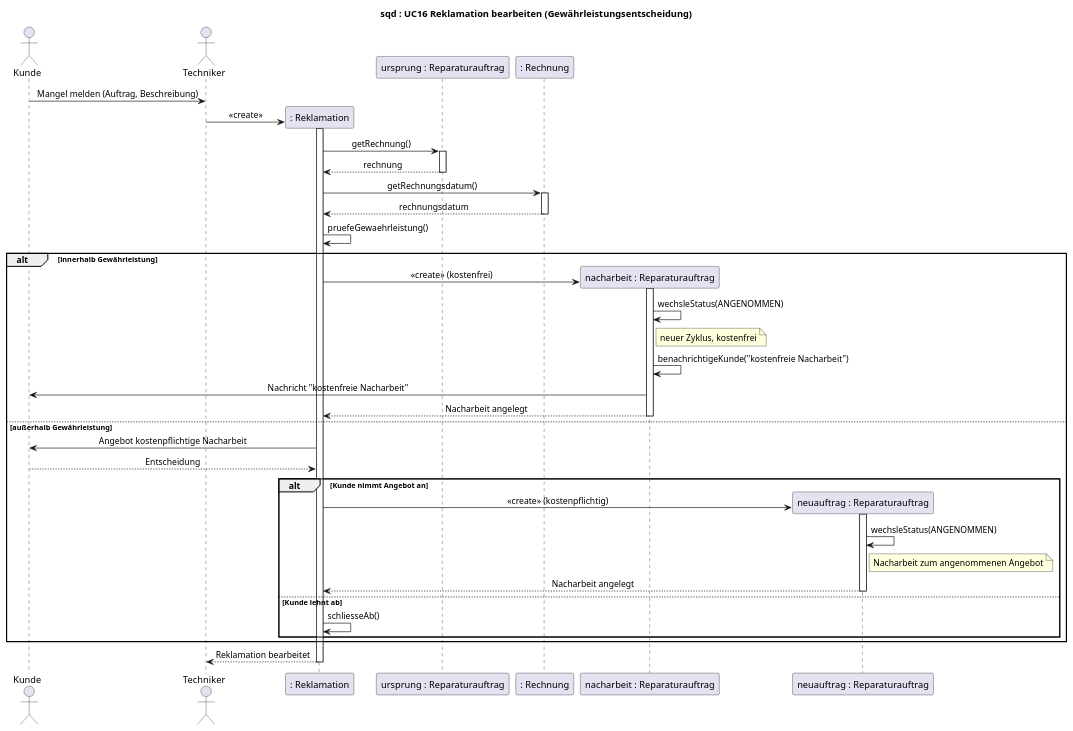
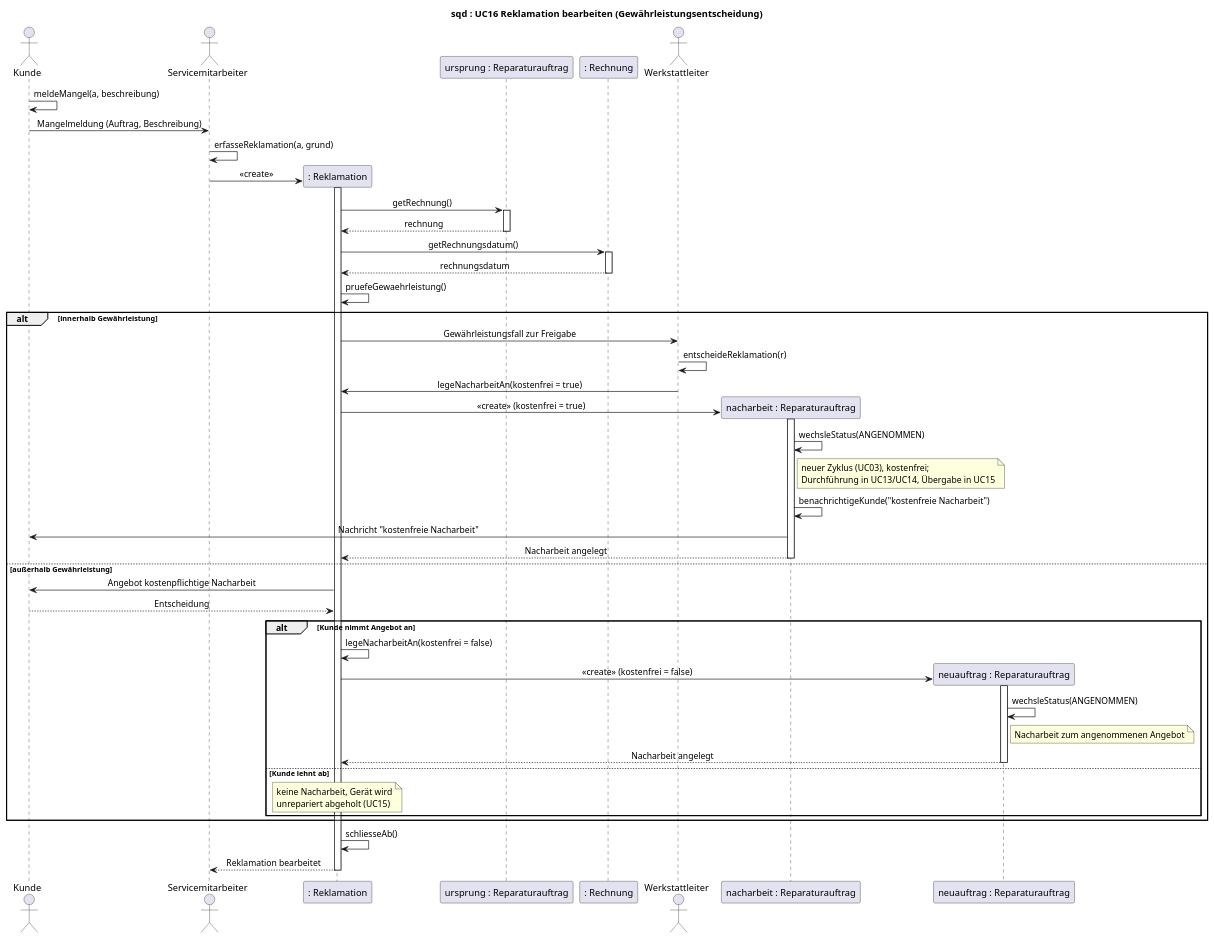
The diagram in uml/sequenz-05-reklamation.puml (jakobschwan123-cmd/casestudy-semester-3), drawn with PlantUML before and after one commit. The commit also changed 75 other files, not shown here.

```diff
--- a/uml/sequenz-05-reklamation.puml
+++ b/uml/sequenz-05-reklamation.puml
@@ -1,54 +1,62 @@
 @startuml
 title sqd : UC16 Reklamation bearbeiten (Gewährleistungsentscheidung)
 skinparam defaultFontName Arial
 skinparam sequenceMessageAlign center
 actor Kunde
-actor Techniker
+actor Servicemitarbeiter as SM
 participant ": Reklamation" as REK
 participant "ursprung : Reparaturauftrag" as RA
 participant ": Rechnung" as RE
+actor Werkstattleiter
 participant "nacharbeit : Reparaturauftrag" as NA
 participant "neuauftrag : Reparaturauftrag" as NEU
 
-Kunde -> Techniker : Mangel melden (Auftrag, Beschreibung)
+Kunde -> Kunde : meldeMangel(a, beschreibung)
+Kunde -> SM : Mangelmeldung (Auftrag, Beschreibung)
+SM -> SM : erfasseReklamation(a, grund)
 create REK
-Techniker -> REK : <<create>>
+SM -> REK : <<create>>
 activate REK
 REK -> RA : getRechnung()
 activate RA
 RA --> REK : rechnung
 deactivate RA
 REK -> RE : getRechnungsdatum()
 activate RE
 RE --> REK : rechnungsdatum
 deactivate RE
 REK -> REK : pruefeGewaehrleistung()
 
 alt innerhalb Gewährleistung
+    REK -> Werkstattleiter : Gewährleistungsfall zur Freigabe
+    Werkstattleiter -> Werkstattleiter : entscheideReklamation(r)
+    Werkstattleiter -> REK : legeNacharbeitAn(kostenfrei = true)
     create NA
-    REK -> NA : <<create>> (kostenfrei)
+    REK -> NA : <<create>> (kostenfrei = true)
     activate NA
     NA -> NA : wechsleStatus(ANGENOMMEN)
-    note right of NA : neuer Zyklus, kostenfrei
+    note right of NA : neuer Zyklus (UC03), kostenfrei;\nDurchführung in UC13/UC14, Übergabe in UC15
     NA -> NA : benachrichtigeKunde("kostenfreie Nacharbeit")
     NA -> Kunde : Nachricht "kostenfreie Nacharbeit"
     NA --> REK : Nacharbeit angelegt
     deactivate NA
 else außerhalb Gewährleistung
     REK -> Kunde : Angebot kostenpflichtige Nacharbeit
     Kunde --> REK : Entscheidung
     alt Kunde nimmt Angebot an
+        REK -> REK : legeNacharbeitAn(kostenfrei = false)
         create NEU
-        REK -> NEU : <<create>> (kostenpflichtig)
+        REK -> NEU : <<create>> (kostenfrei = false)
         activate NEU
         NEU -> NEU : wechsleStatus(ANGENOMMEN)
         note right of NEU : Nacharbeit zum angenommenen Angebot
         NEU --> REK : Nacharbeit angelegt
         deactivate NEU
     else Kunde lehnt ab
-        REK -> REK : schliesseAb()
+        note over REK : keine Nacharbeit, Gerät wird\nunrepariert abgeholt (UC15)
     end
 end
-REK --> Techniker : Reklamation bearbeitet
+REK -> REK : schliesseAb()
+REK --> SM : Reklamation bearbeitet
 deactivate REK
 @enduml
```
